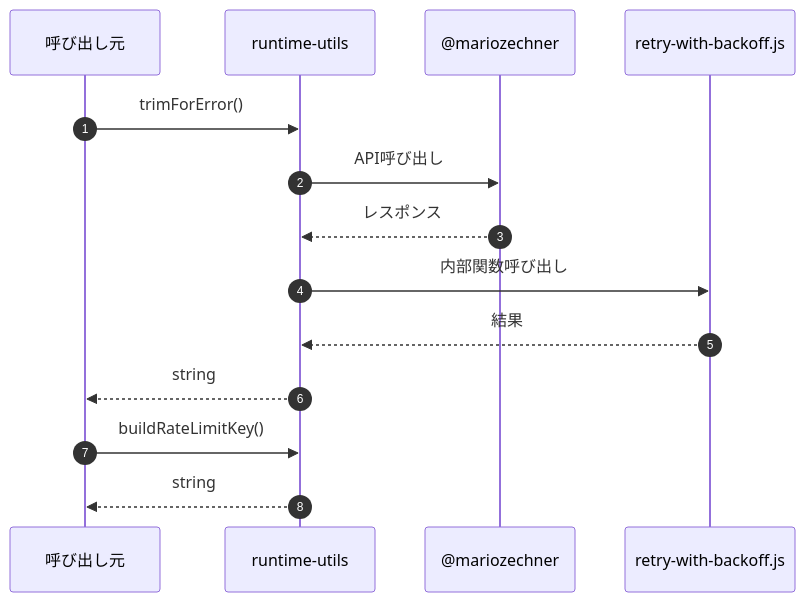
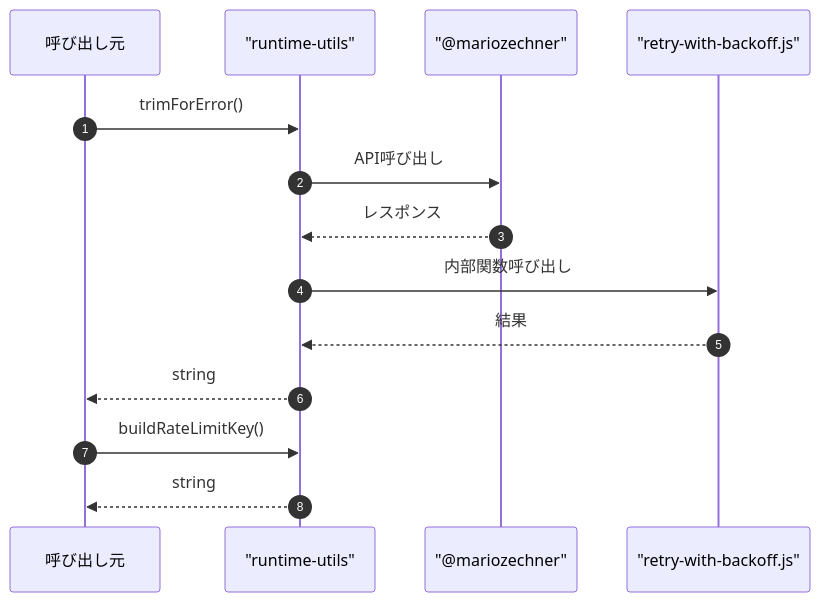
Before and after one commit to Mekann2904/mekann: the third of 3 diagrams in ABDD/.pi/lib/runtime-utils.md, drawn with Mermaid. The commit also changed other lines of this file and 152 other files, not shown here.

First line of the commit message:
fix: Mermaid図のラベル内の特殊文字をエスケープする

````diff
--- a/ABDD/.pi/lib/runtime-utils.md
+++ b/ABDD/.pi/lib/runtime-utils.md
@@ -73,18 +73,18 @@
 ```mermaid
 sequenceDiagram
   autonumber
   participant Caller as 呼び出し元
-  participant runtime_utils as runtime-utils
-  participant _mariozechner as @mariozechner
-  participant retry_with_backoff_js as retry-with-backoff.js
+  participant runtime_utils as "runtime-utils"
+  participant _mariozechner as "@mariozechner"
+  participant retry_with_backoff_js as "retry-with-backoff.js"
 
   Caller->>runtime_utils: trimForError()
   runtime_utils->>_mariozechner: API呼び出し
   _mariozechner-->>runtime_utils: レスポンス
   runtime_utils->>retry_with_backoff_js: 内部関数呼び出し
   retry_with_backoff_js-->>runtime_utils: 結果
   runtime_utils-->>Caller: string
 
   Caller->>runtime_utils: buildRateLimitKey()
   runtime_utils-->>Caller: string
 ```
````
